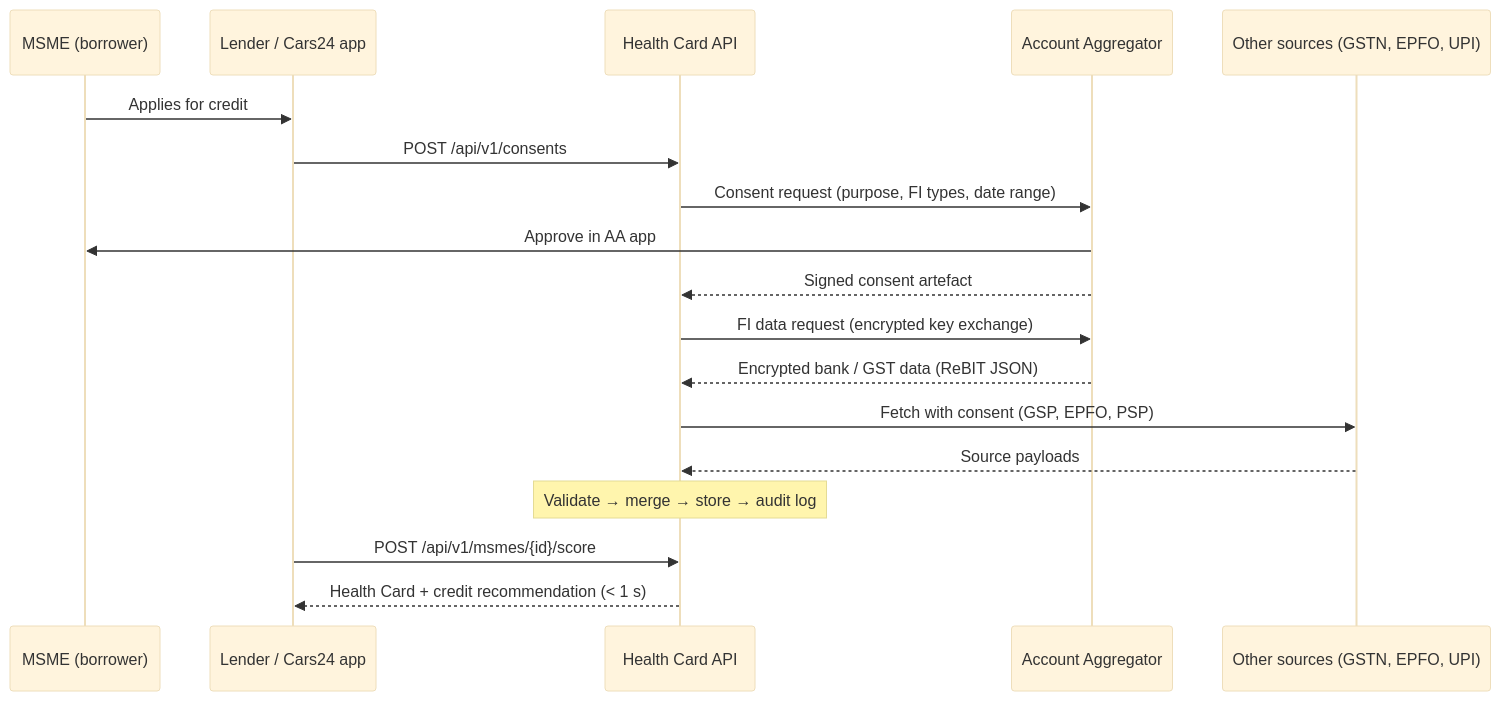
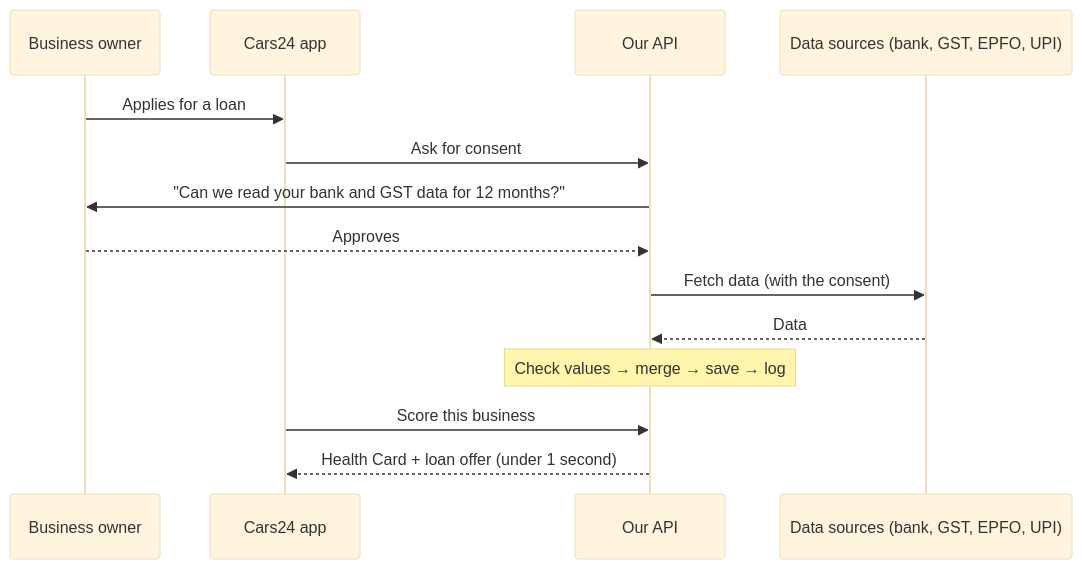
Before and after one commit to deepesh463/msme-health-card: the second of 3 diagrams in docs/ARCHITECTURE.md, drawn with Mermaid (base theme). The commit also changed other lines of this file and 7 other files, not shown here.

First line of the commit message:
Docs: plain-English architecture and integration

````diff
--- a/docs/ARCHITECTURE.md
+++ b/docs/ARCHITECTURE.md
@@ -54,20 +64,16 @@
 ```mermaid
 sequenceDiagram
-    participant B as MSME (borrower)
-    participant L as Lender / Cars24 app
-    participant API as Health Card API
-    participant AA as Account Aggregator
-    participant S as Other sources (GSTN, EPFO, UPI)
-    B->>L: Applies for credit
-    L->>API: POST /api/v1/consents
-    API->>AA: Consent request (purpose, FI types, date range)
-    AA->>B: Approve in AA app
-    AA-->>API: Signed consent artefact
-    API->>AA: FI data request (encrypted key exchange)
-    AA-->>API: Encrypted bank / GST data (ReBIT JSON)
-    API->>S: Fetch with consent (GSP, EPFO, PSP)
-    S-->>API: Source payloads
-    Note over API: Validate → merge → store → audit log
-    L->>API: POST /api/v1/msmes/{id}/score
-    API-->>L: Health Card + credit recommendation (< 1 s)
+    participant B as Business owner
+    participant APP as Cars24 app
+    participant API as Our API
+    participant S as Data sources (bank, GST, EPFO, UPI)
+    B->>APP: Applies for a loan
+    APP->>API: Ask for consent
+    API->>B: "Can we read your bank and GST data for 12 months?"
+    B-->>API: Approves
+    API->>S: Fetch data (with the consent)
+    S-->>API: Data
+    Note over API: Check values → merge → save → log
+    APP->>API: Score this business
+    API-->>APP: Health Card + loan offer (under 1 second)
 ```
````
